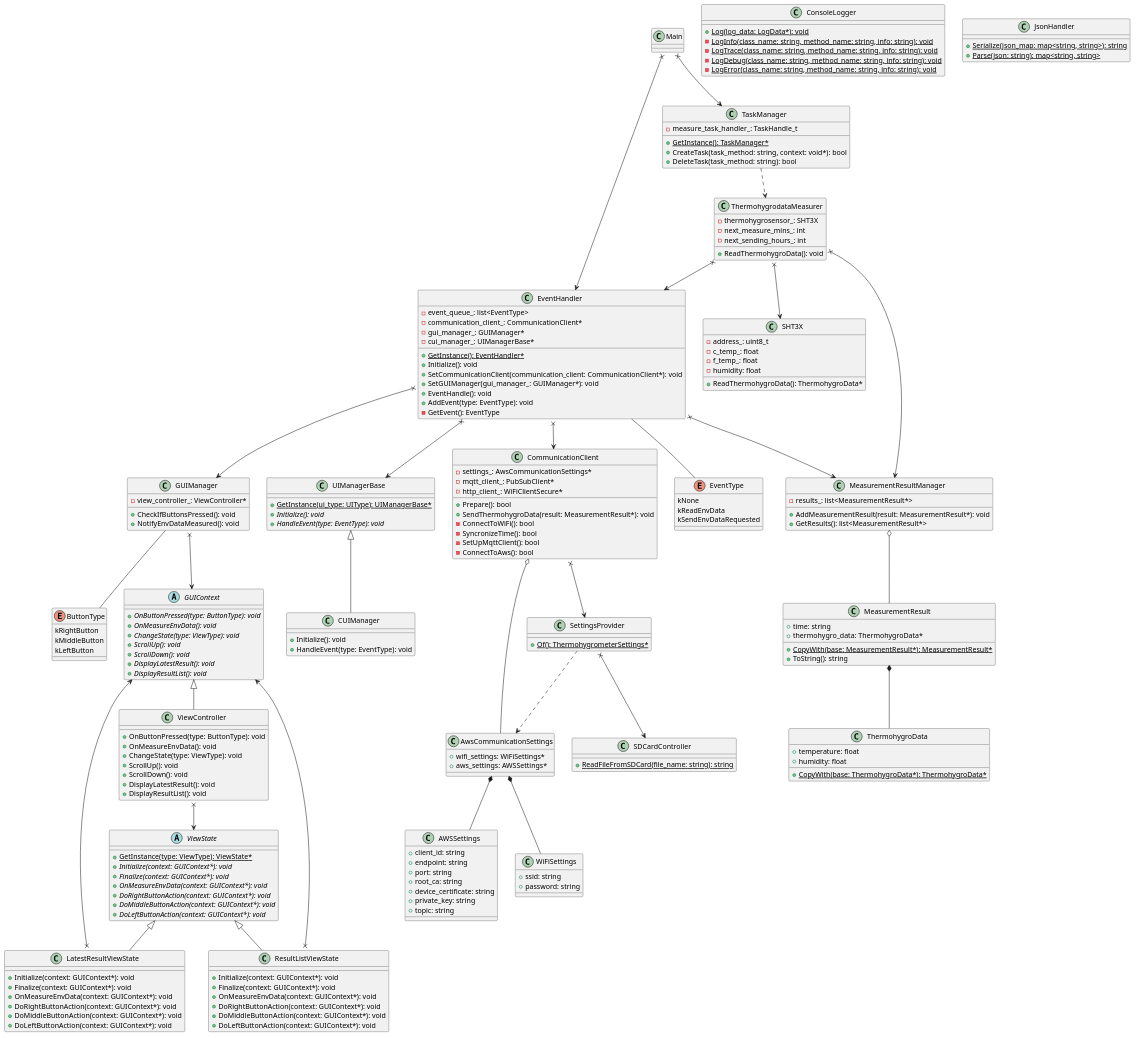
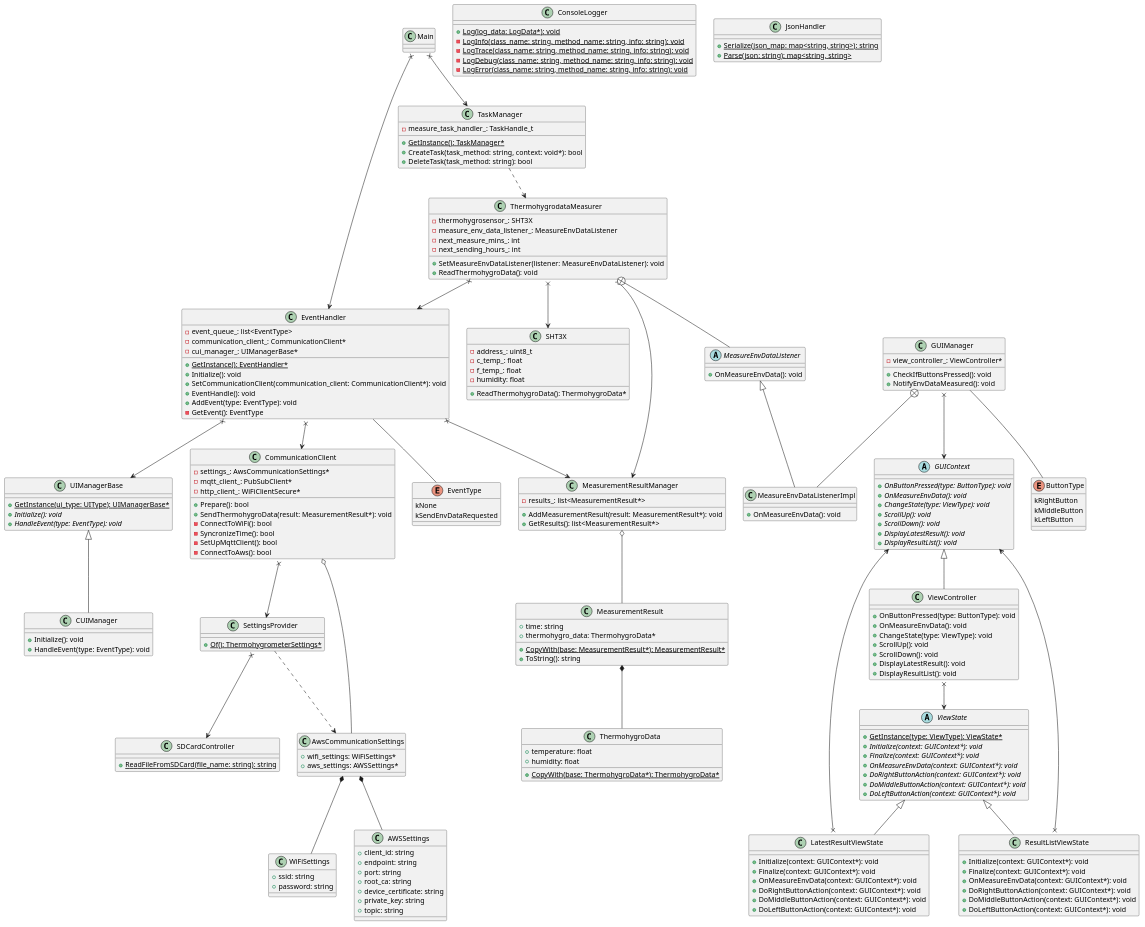
One commit to chukeblo/thermohygrometer changed the diagram in DesignDocs/M5StackThermohygrometer/class_diagram.pu. Above: the diagram before and after it, drawn with PlantUML.

Commit message:
add MeasureEnvDataListener class

```diff
--- a/DesignDocs/M5StackThermohygrometer/class_diagram.pu
+++ b/DesignDocs/M5StackThermohygrometer/class_diagram.pu
@@ -6,13 +6,11 @@
 class EventHandler {
     - event_queue_: list<EventType>
     - communication_client_: CommunicationClient*
-    - gui_manager_: GUIManager*
     - cui_manager_: UIManagerBase*
 
     + {static} GetInstance(): EventHandler*
     + Initialize(): void
     + SetCommunicationClient(communication_client: CommunicationClient*): void
-    + SetGUIManager(gui_manager_: GUIManager*): void
     + EventHandle(): void
     + AddEvent(type: EventType): void
     - GetEvent(): EventType
@@ -20,12 +18,10 @@
 
 enum EventType {
     kNone
-    kReadEnvData
     kSendEnvDataRequested
 }
 
 EventHandler -- EventType
-EventHandler x--> GUIManager
 EventHandler x--> UIManagerBase
 EventHandler x--> CommunicationClient
 EventHandler x--> MeasurementResultManager
@@ -116,6 +112,13 @@
 
 GUIManager -- ButtonType
 GUIManager x--> GUIContext
+GUIManager +-- MeasureEnvDataListenerImpl
+
+class MeasureEnvDataListenerImpl {
+    + OnMeasureEnvData(): void
+}
+
+MeasureEnvDataListener <|-- MeasureEnvDataListenerImpl
 
 abstract class GUIContext {
     + {abstract} OnButtonPressed(type: ButtonType): void
@@ -192,15 +195,22 @@
 
 class ThermohygrodataMeasurer {
     - thermohygrosensor_: SHT3X
+    - measure_env_data_listener_: MeasureEnvDataListener
     - next_measure_mins_: int
     - next_sending_hours_: int
 
+    + SetMeasureEnvDataListener(listener: MeasureEnvDataListener): void
     + ReadThermohygroData(): void
 }
 
 ThermohygrodataMeasurer x--> SHT3X
 ThermohygrodataMeasurer x--> MeasurementResultManager
 ThermohygrodataMeasurer x--> EventHandler
+ThermohygrodataMeasurer +-- MeasureEnvDataListener
+
+abstract class MeasureEnvDataListener {
+    + OnMeasureEnvData(): void
+}
 
 class SHT3X {
     - address_: uint8_t
```
